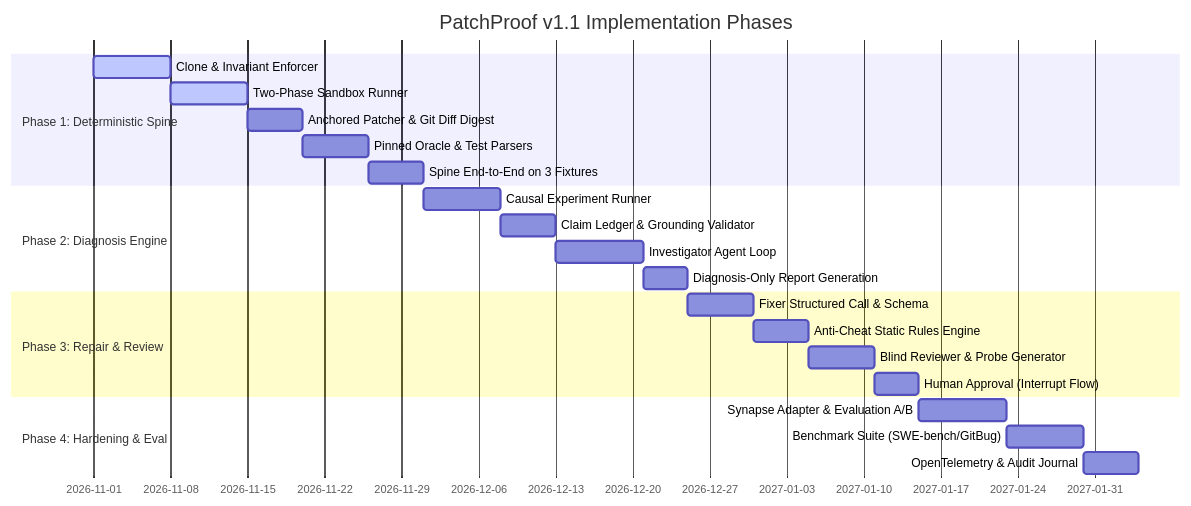
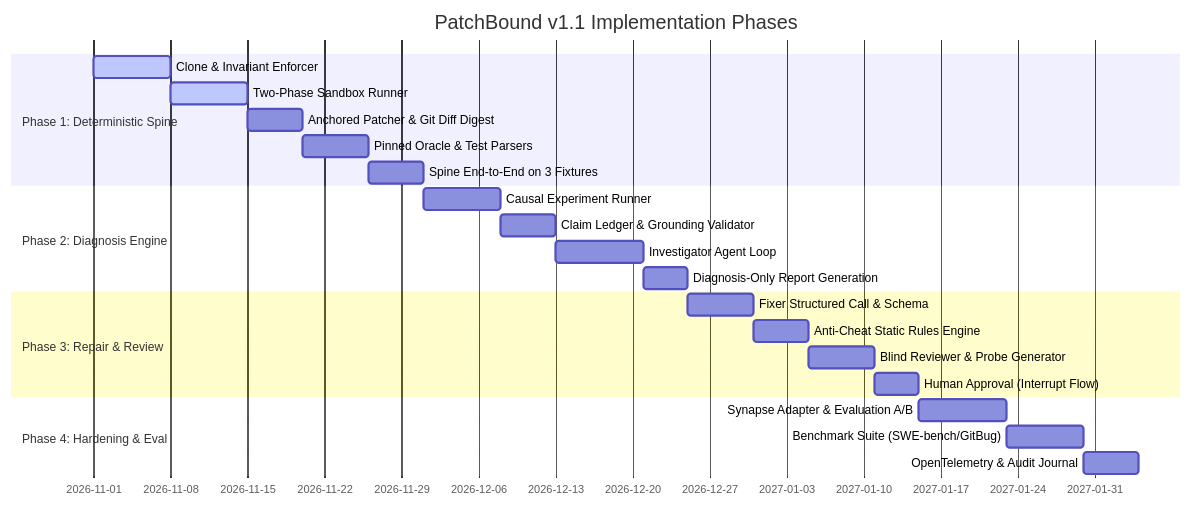
The diagram in docs/ROADMAP.md (saahilpal/patchbound), drawn with Mermaid before and after one commit. The commit also changed other lines of this file and 212 other files, not shown here.

Commit message:
feat(rebrand): migrate project to PatchBound (patchbound), complete Phase 4 repository overhaul, and senior-level architecture

````diff
--- a/docs/ROADMAP.md
+++ b/docs/ROADMAP.md
@@ -24,25 +24,25 @@
 ```mermaid
 gantt
-    title PatchProof v1.1 Implementation Phases
+    title PatchBound v1.1 Implementation Phases
     dateFormat  YYYY-MM-DD
     section Phase 1: Deterministic Spine
     Clone & Invariant Enforcer       :active, p1_1, 2026-11-01, 7d
     Two-Phase Sandbox Runner         :active, p1_2, after p1_1, 7d
     Anchored Patcher & Git Diff Digest :p1_3, after p1_2, 5d
     Pinned Oracle & Test Parsers     :p1_4, after p1_3, 6d
     Spine End-to-End on 3 Fixtures   :p1_5, after p1_4, 5d
     section Phase 2: Diagnosis Engine
     Causal Experiment Runner         :p2_1, after p1_5, 7d
     Claim Ledger & Grounding Validator:p2_2, after p2_1, 5d
     Investigator Agent Loop          :p2_3, after p2_2, 8d
     Diagnosis-Only Report Generation :p2_4, after p2_3, 4d
     section Phase 3: Repair & Review
     Fixer Structured Call & Schema   :p3_1, after p2_4, 6d
     Anti-Cheat Static Rules Engine   :p3_2, after p3_1, 5d
     Blind Reviewer & Probe Generator :p3_3, after p3_2, 6d
     Human Approval (Interrupt Flow)  :p3_4, after p3_3, 4d
     section Phase 4: Hardening & Eval
     Synapse Adapter & Evaluation A/B :p4_1, after p3_4, 8d
     Benchmark Suite (SWE-bench/GitBug):p4_2, after p4_1, 7d
     OpenTelemetry & Audit Journal    :p4_3, after p4_2, 5d
 ```
````
